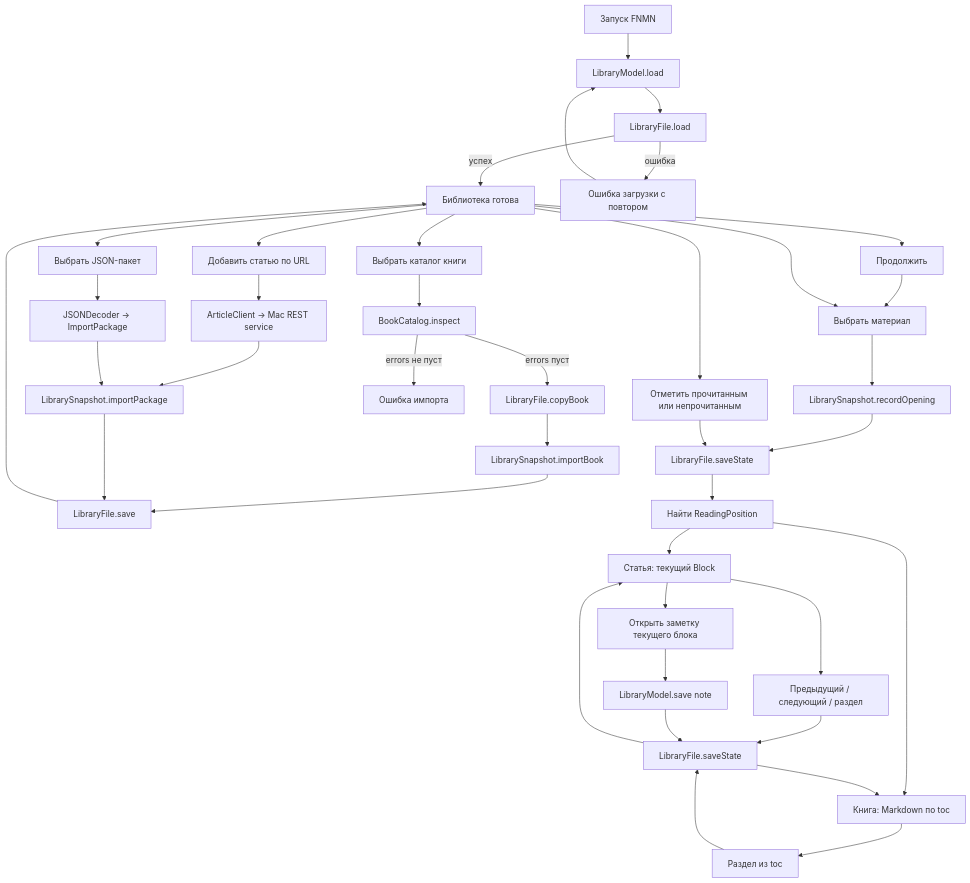
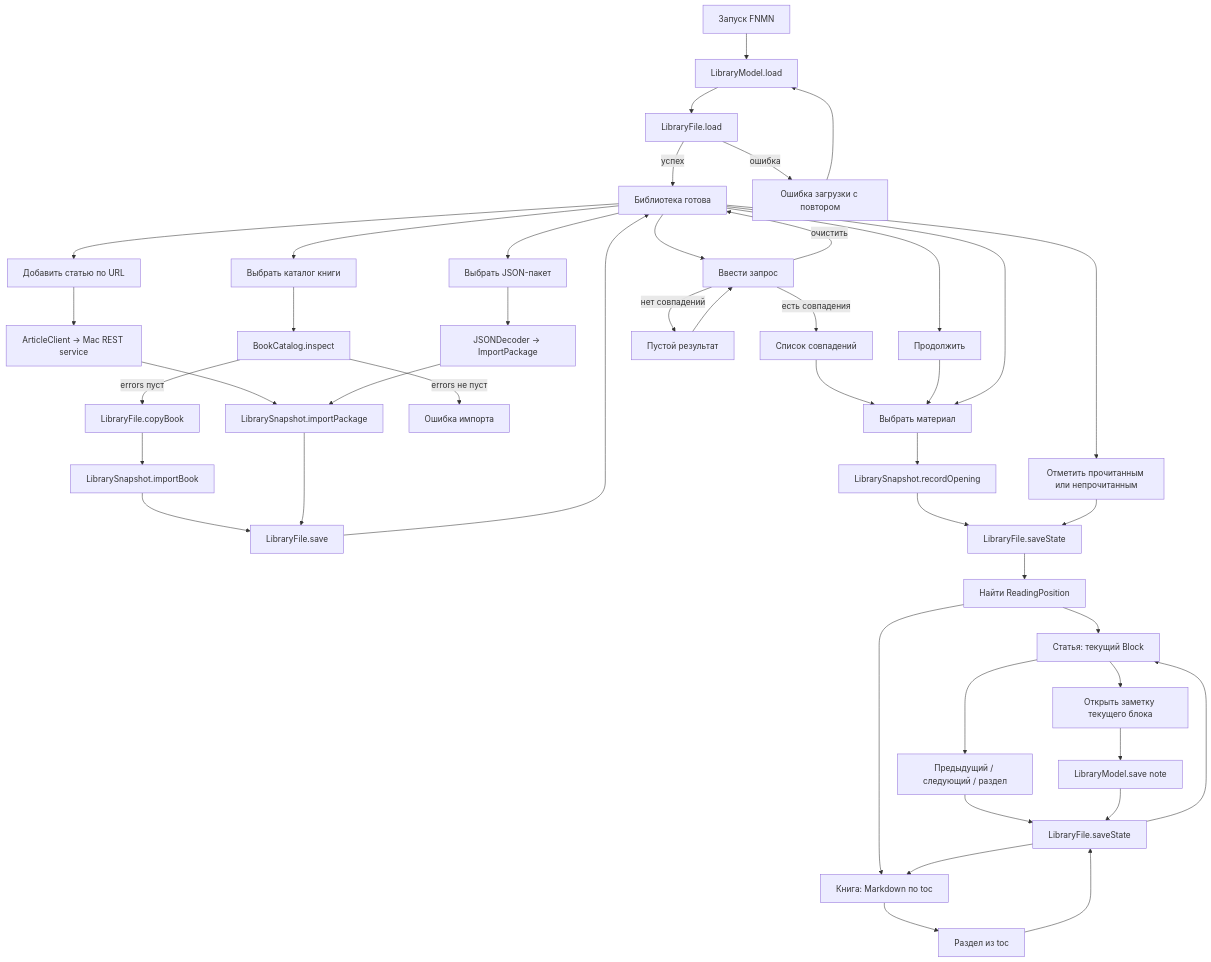
Before and after one commit to vladkalinichencko/fnmn-app: the first of 7 diagrams in APP_SPEC.md, drawn with Mermaid. The commit also changed other lines of this file and 6 other files, not shown here.

First line of the commit message:
Add native library search over catalog fields.

````diff
--- a/APP_SPEC.md
+++ b/APP_SPEC.md
@@ -21,43 +22,49 @@
 ```mermaid
 flowchart TD
     Launch[Запуск FNMN] --> Load[LibraryModel.load]
     Load --> ReadDisk[LibraryFile.load]
     ReadDisk -->|успех| Library[Библиотека готова]
     ReadDisk -->|ошибка| LoadError[Ошибка загрузки с повтором]
     LoadError --> Load
 
     Library --> AddURL[Добавить статью по URL]
     AddURL --> Prepare[ArticleClient → Mac REST service]
     Prepare --> Import[LibrarySnapshot.importPackage]
     Library --> AddJSON[Выбрать JSON-пакет]
     AddJSON --> Decode[JSONDecoder → ImportPackage]
     Decode --> Import
     Library --> AddBook[Выбрать каталог книги]
     AddBook --> Inspect[BookCatalog.inspect]
     Inspect -->|errors пуст| CopyBook[LibraryFile.copyBook]
     Inspect -->|errors не пуст| ImportFail[Ошибка импорта]
     CopyBook --> SaveBook[LibrarySnapshot.importBook]
     SaveBook --> Persist
     Import --> Persist[LibraryFile.save]
     Persist --> Library
 
+    Library --> Search[Ввести запрос]
+    Search -->|есть совпадения| Results[Список совпадений]
+    Search -->|нет совпадений| NoResults[Пустой результат]
+    Results --> Select
+    NoResults --> Search
+    Search -->|очистить| Library
     Library --> Continue[Продолжить]
     Continue --> Select
     Library --> Select[Выбрать материал]
     Select --> RecordOpen[LibrarySnapshot.recordOpening]
     RecordOpen --> PersistState[LibraryFile.saveState]
     PersistState --> Restore[Найти ReadingPosition]
     Restore --> Reader[Статья: текущий Block]
     Restore --> BookReader[Книга: Markdown по toc]
     Library --> MarkRead[Отметить прочитанным или непрочитанным]
     MarkRead --> PersistState
     Reader --> Move[Предыдущий / следующий / раздел]
     Move --> SavePosition[LibraryFile.saveState]
     SavePosition --> Reader
     BookReader --> BookSection[Раздел из toc]
     BookSection --> SavePosition
     SavePosition --> BookReader
     Reader --> EditNote[Открыть заметку текущего блока]
     EditNote --> SaveNote[LibraryModel.save note]
     SaveNote --> SavePosition
 ```
````
